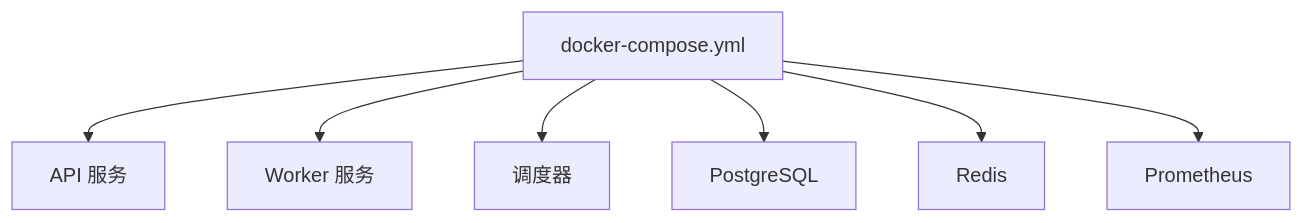
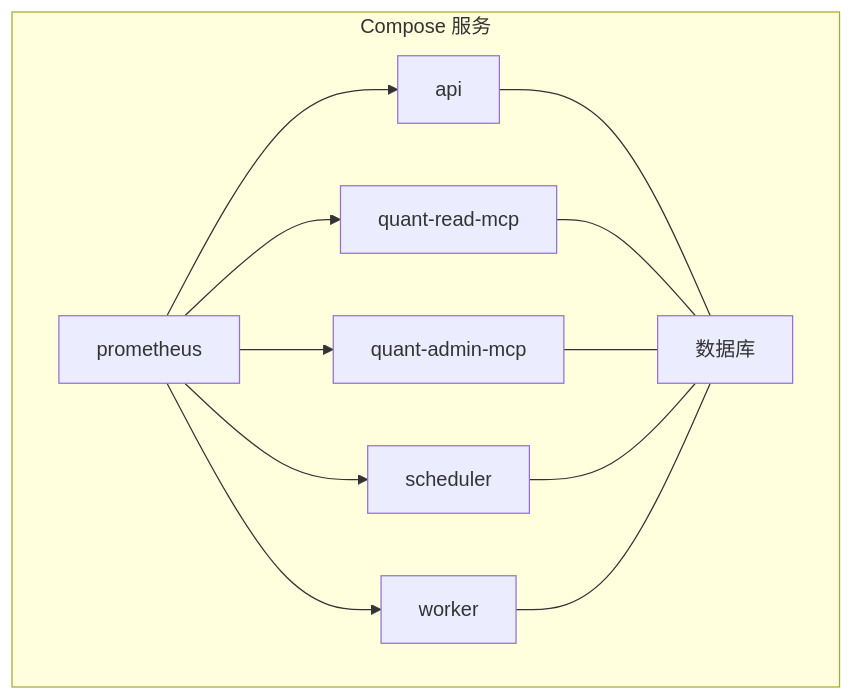
Before and after one commit to DeathLimbo/quan_mcp: the sixth of 7 diagrams in .qoder/repowiki/zh/content/项目概述/技术栈概览.md, drawn with Mermaid. The commit also changed other lines of this file and 238 other files, not shown here.

````diff
--- a/.qoder/repowiki/zh/content/项目概述/技术栈概览.md
+++ b/.qoder/repowiki/zh/content/项目概述/技术栈概览.md
@@ -314,9 +293,22 @@
 ```mermaid
 graph TB
-Compose["docker-compose.yml"] --> API["API 服务"]
-Compose --> Worker["Worker 服务"]
-Compose --> Scheduler["调度器"]
-Compose --> PG["PostgreSQL"]
-Compose --> Redis["Redis"]
-Compose --> Prom["Prometheus"]
+subgraph "Compose 服务"
+S_API["api"]
+S_Read["quant-read-mcp"]
+S_Admin["quant-admin-mcp"]
+S_Sched["scheduler"]
+S_Worker["worker"]
+S_DB["数据库"]
+S_Prom["prometheus"]
+end
+S_API --- S_DB
+S_Read --- S_DB
+S_Admin --- S_DB
+S_Sched --- S_DB
+S_Worker --- S_DB
+S_Prom --> S_API
+S_Prom --> S_Read
+S_Prom --> S_Admin
+S_Prom --> S_Sched
+S_Prom --> S_Worker
 ```
````
